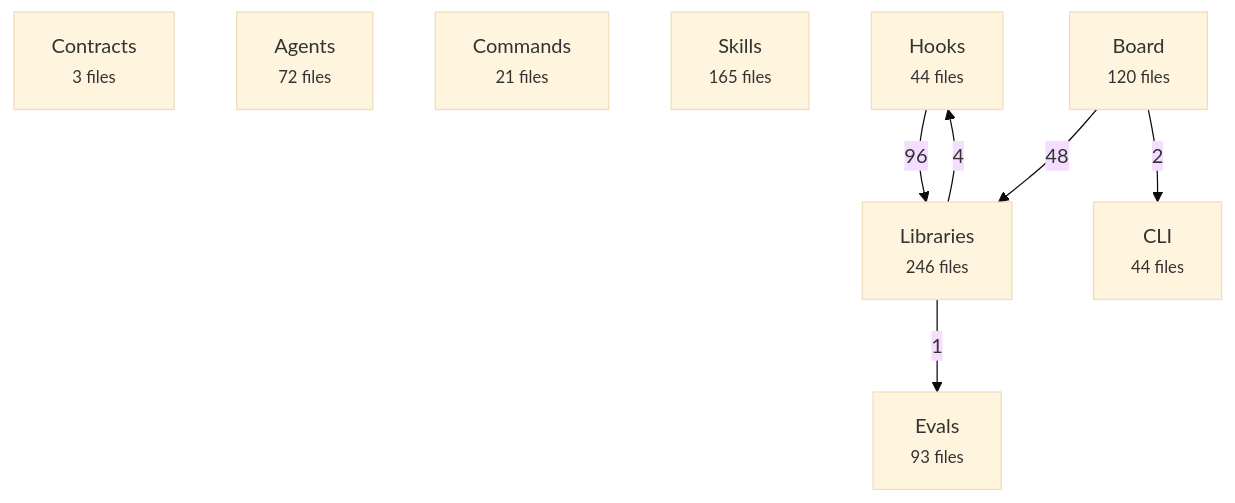
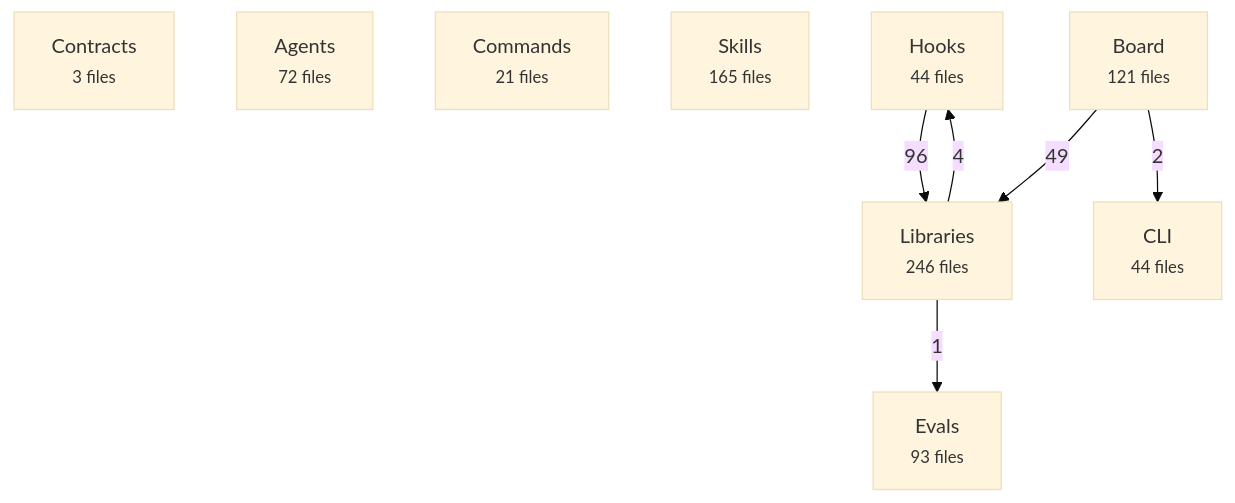
The first of 2 diagrams in docs/reference/architecture-map.md (avelikiy/great_cto), drawn with Mermaid (base theme) before and after one commit. The commit also changed other lines of this file and 6 other files, not shown here.

First line of the commit message:
fix(host-graph): keep revoked native sessions readable as retained history

````diff
--- a/docs/reference/architecture-map.md
+++ b/docs/reference/architecture-map.md
@@ -20,17 +20,17 @@
 ```mermaid
 flowchart TD
   contracts["Contracts<br/><small>3 files</small>"]
   agents["Agents<br/><small>72 files</small>"]
   commands["Commands<br/><small>21 files</small>"]
   skills["Skills<br/><small>165 files</small>"]
   hooks["Hooks<br/><small>44 files</small>"]
   libs["Libraries<br/><small>246 files</small>"]
-  board["Board<br/><small>120 files</small>"]
+  board["Board<br/><small>121 files</small>"]
   cli["CLI<br/><small>44 files</small>"]
   evals["Evals<br/><small>93 files</small>"]
   hooks -->|96| libs
-  board -->|48| libs
+  board -->|49| libs
   libs -->|4| hooks
   board -->|2| cli
   libs -->|1| evals
 ```
````
